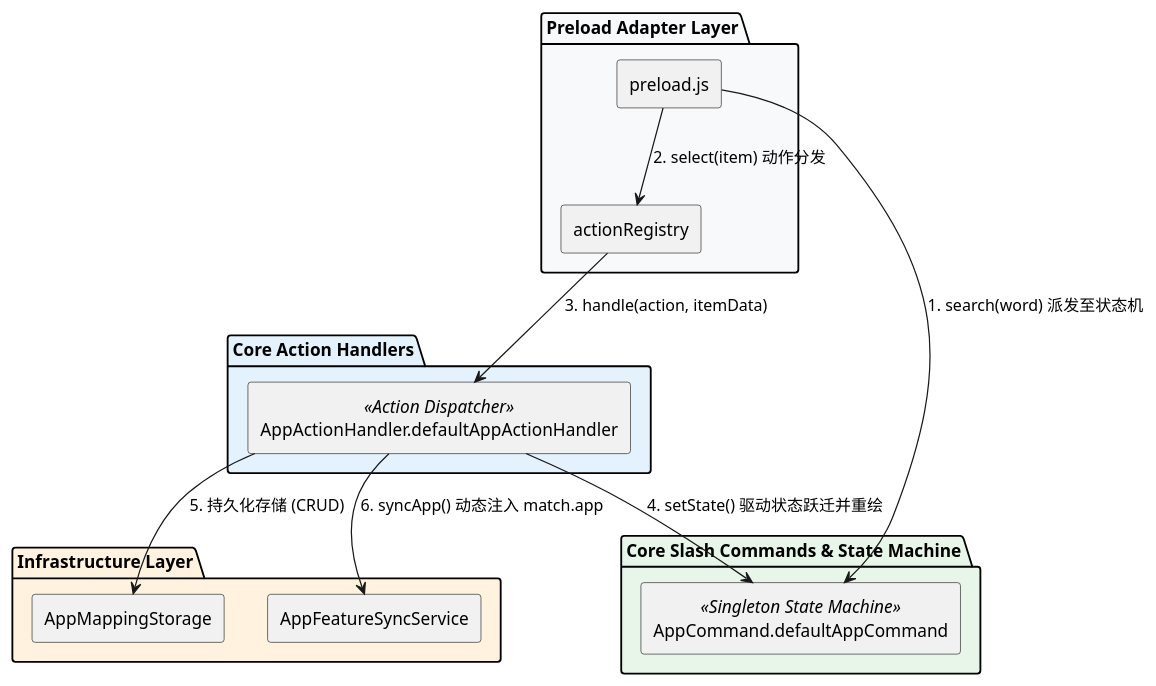
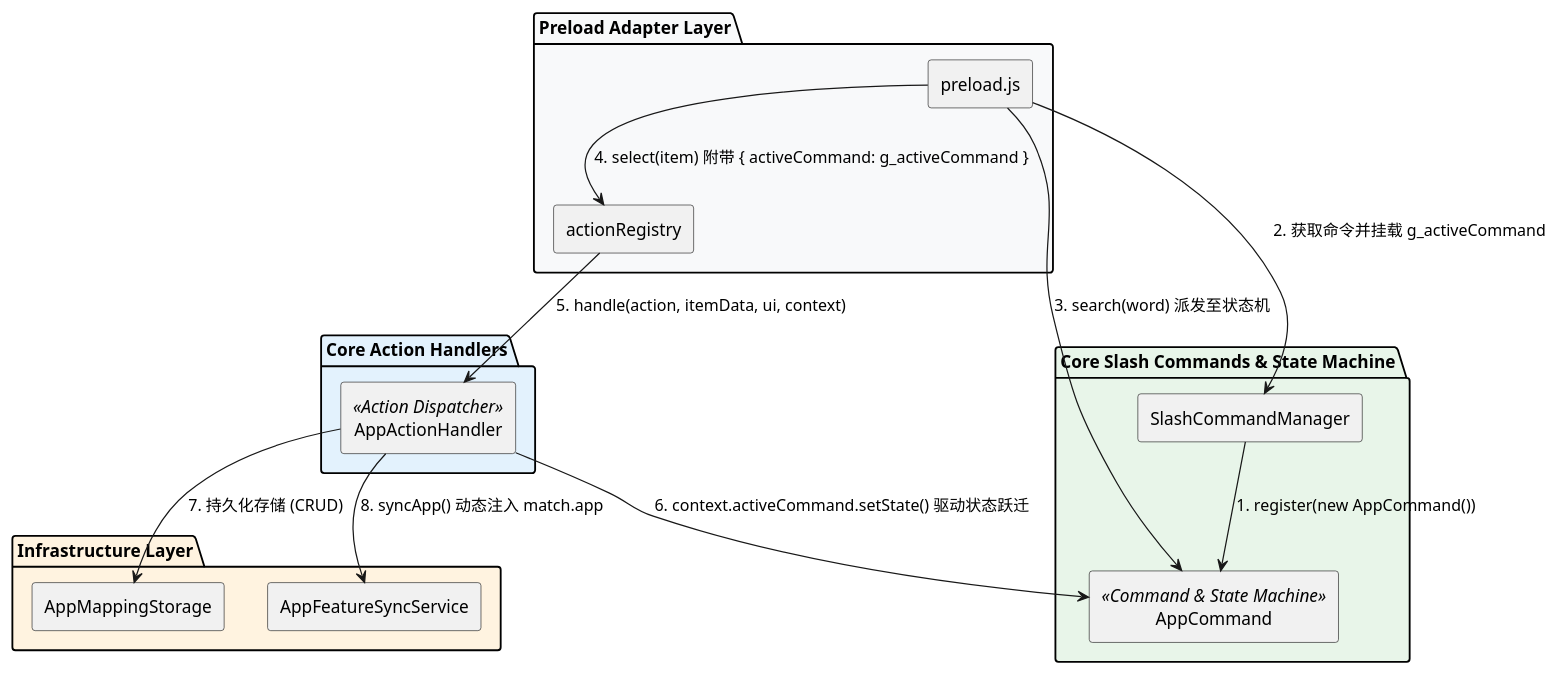
One commit to zhougy0717/utools_hotkeys changed the fourth of 5 diagrams in docs/spec/spec-00020-interactive-app-process-wizard.md. Above: the diagram before and after it, drawn with PlantUML. The commit also changed other lines of this file and 4 other files, not shown here.

Commit message:
refactor: adopt Context Injection architecture in SPEC-00020 and implementation

````diff
--- a/docs/spec/spec-00020-interactive-app-process-wizard.md
+++ b/docs/spec/spec-00020-interactive-app-process-wizard.md
@@ -222,30 +221,33 @@
 ```plantuml
 @startuml
 skinparam componentStyle rectangle
 
 package "Preload Adapter Layer" #F8F9FA {
     [preload.js] as Preload
     [actionRegistry] as ActionRegistry
 }
 
 package "Core Slash Commands & State Machine" #E8F5E9 {
-    [AppCommand.defaultAppCommand] as AppCmd <<Singleton State Machine>>
+    [AppCommand] as AppCmd <<Command & State Machine>>
+    [SlashCommandManager] as SCM
 }
 
 package "Core Action Handlers" #E3F2FD {
-    [AppActionHandler.defaultAppActionHandler] as AppHandler <<Action Dispatcher>>
+    [AppActionHandler] as AppHandler <<Action Dispatcher>>
 }
 
 package "Infrastructure Layer" #FFF3E0 {
     [AppMappingStorage] as Storage
     [AppFeatureSyncService] as SyncService
 }
 
-Preload --> AppCmd : 1. search(word) 派发至状态机
-Preload --> ActionRegistry : 2. select(item) 动作分发
-ActionRegistry --> AppHandler : 3. handle(action, itemData)
-AppHandler --> AppCmd : 4. setState() 驱动状态跃迁并重绘
-AppHandler --> Storage : 5. 持久化存储 (CRUD)
-AppHandler --> SyncService : 6. syncApp() 动态注入 match.app
+SCM --> AppCmd : 1. register(new AppCommand())
+Preload --> SCM : 2. 获取命令并挂载 g_activeCommand
+Preload --> AppCmd : 3. search(word) 派发至状态机
+Preload --> ActionRegistry : 4. select(item) 附带 { activeCommand: g_activeCommand }
+ActionRegistry --> AppHandler : 5. handle(action, itemData, ui, context)
+AppHandler --> AppCmd : 6. context.activeCommand.setState() 驱动状态跃迁
+AppHandler --> Storage : 7. 持久化存储 (CRUD)
+AppHandler --> SyncService : 8. syncApp() 动态注入 match.app
 @enduml
 ```
````
